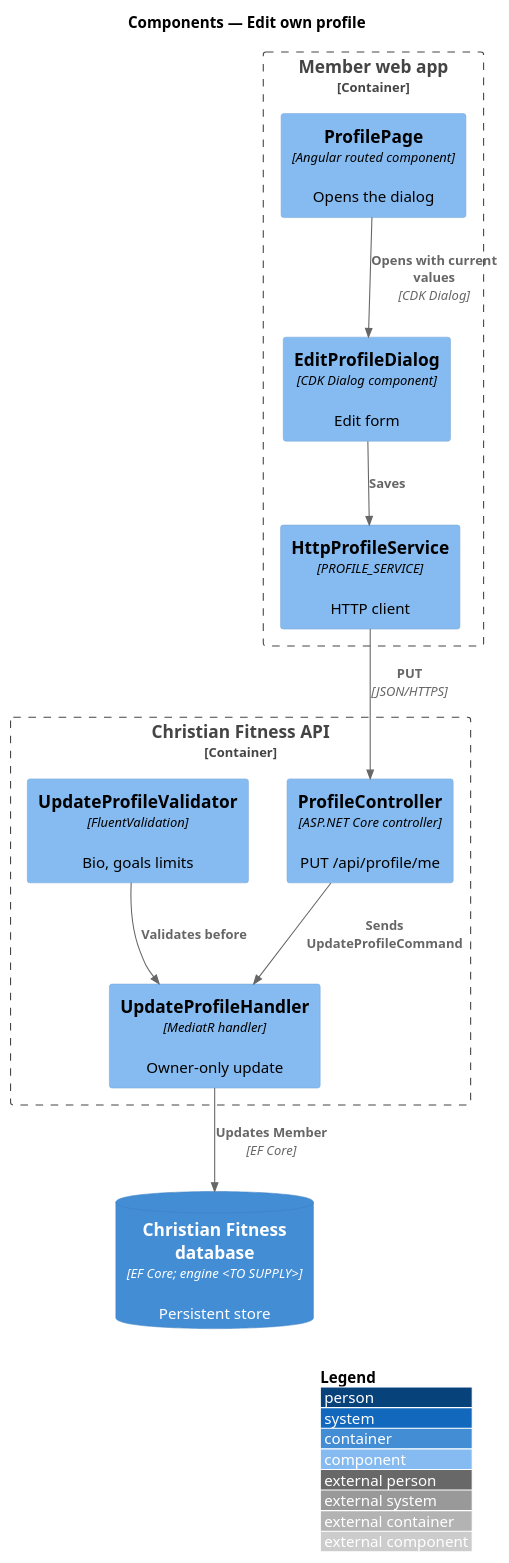
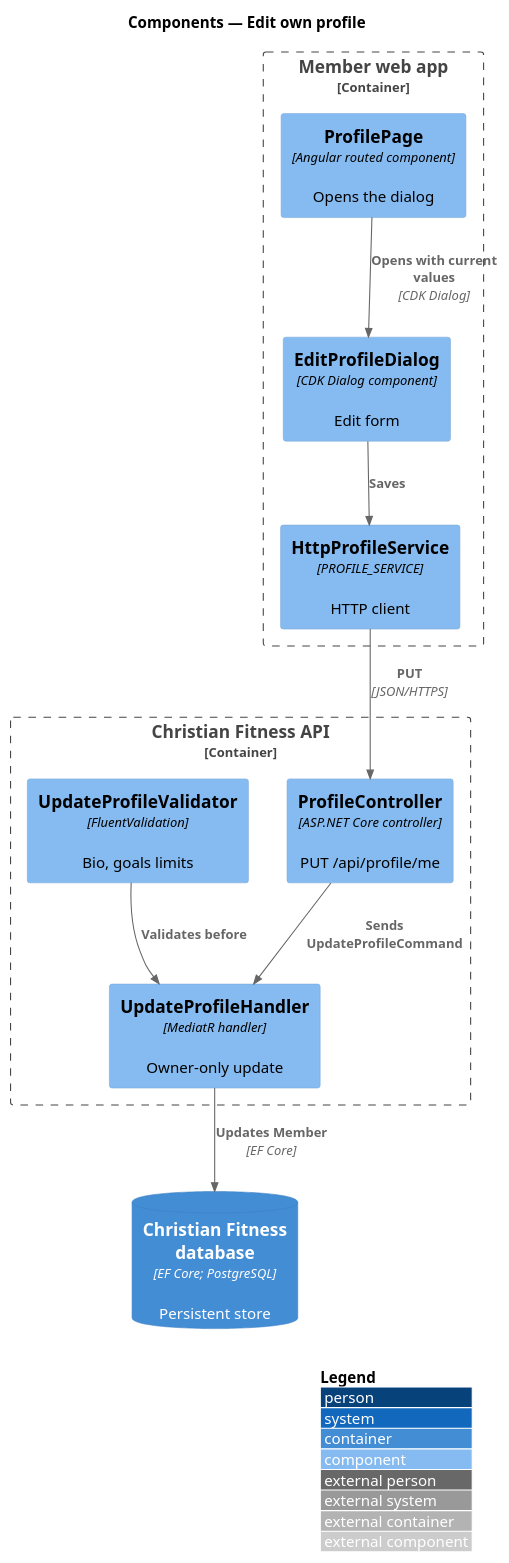
The diagram in docs/detailed-designs/member-profile/edit-profile/diagrams/c4-component.puml (QuinntyneBrown/christian-fitness), drawn with PlantUML before and after one commit. The commit also changed 137 other files, not shown here.

First line of the commit message:
Align slice 1.2 requirements and designs: PostgreSQL, settings page, health and ProblemDetails codes

```diff
--- a/docs/detailed-designs/member-profile/edit-profile/diagrams/c4-component.puml
+++ b/docs/detailed-designs/member-profile/edit-profile/diagrams/c4-component.puml
@@ -1,24 +1,24 @@
 @startuml
 !include <C4/C4_Component>
 LAYOUT_WITH_LEGEND()
 title Components — Edit own profile
 
 Container_Boundary(web, "Member web app") {
   Component(page, "ProfilePage", "Angular routed component", "Opens the dialog")
   Component(dlg, "EditProfileDialog", "CDK Dialog component", "Edit form")
   Component(svc, "HttpProfileService", "PROFILE_SERVICE", "HTTP client")
 }
 Container_Boundary(api, "Christian Fitness API") {
   Component(ctrl, "ProfileController", "ASP.NET Core controller", "PUT /api/profile/me")
   Component(v, "UpdateProfileValidator", "FluentValidation", "Bio, goals limits")
   Component(h, "UpdateProfileHandler", "MediatR handler", "Owner-only update")
 }
-ContainerDb(db, "Christian Fitness database", "EF Core; engine <TO SUPPLY>", "Persistent store")
+ContainerDb(db, "Christian Fitness database", "EF Core; PostgreSQL", "Persistent store")
 
 Rel(page, dlg, "Opens with current values", "CDK Dialog")
 Rel(dlg, svc, "Saves")
 Rel(svc, ctrl, "PUT", "JSON/HTTPS")
 Rel(ctrl, h, "Sends UpdateProfileCommand")
 Rel(v, h, "Validates before")
 Rel(h, db, "Updates Member", "EF Core")
 @enduml
```
